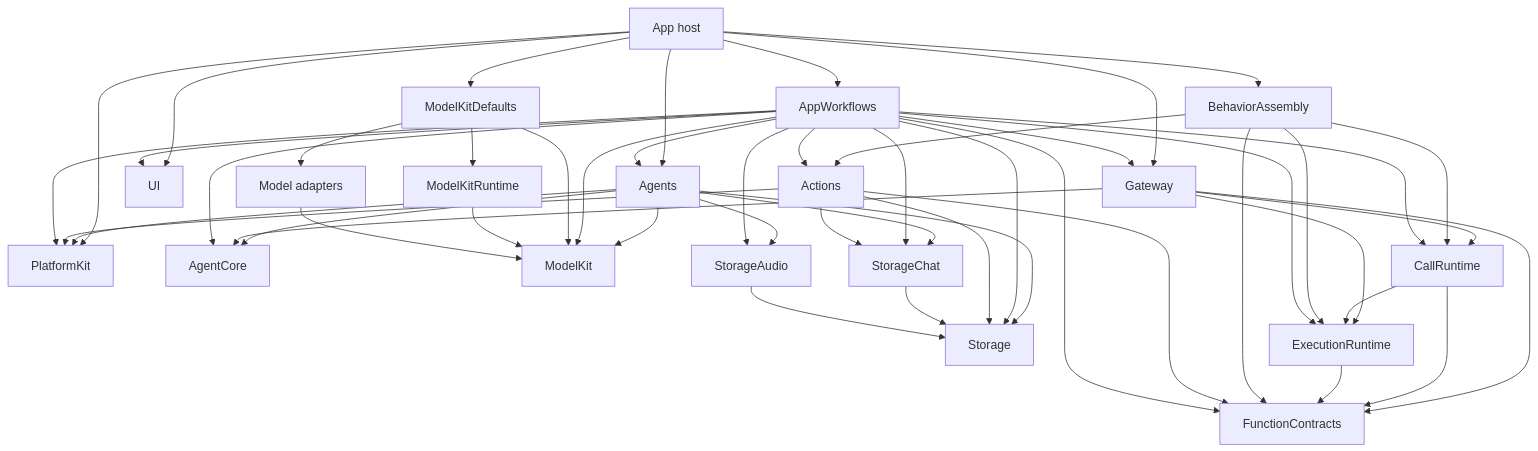
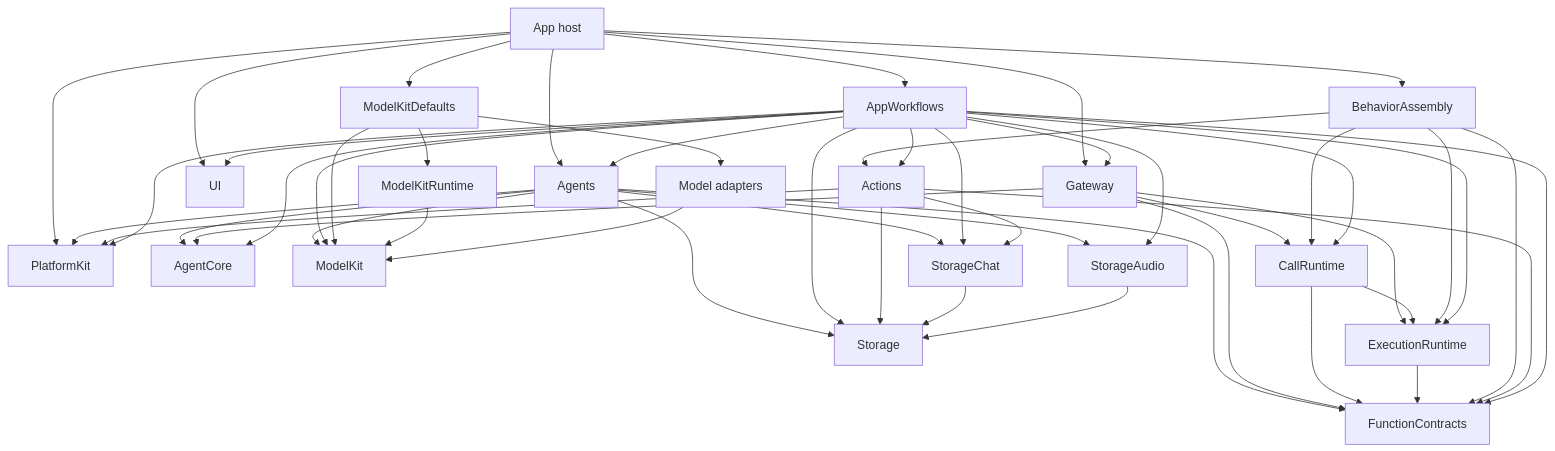
One commit to devilyouwei/MobileHarness changed the third of 35 diagrams in MobileHarness/README.md. Above: the diagram before and after it, drawn with Mermaid. The commit also changed other lines of this file and 456 other files, not shown here.

````diff
--- a/MobileHarness/README.md
+++ b/MobileHarness/README.md
@@ -134,56 +134,57 @@
 ```mermaid
 flowchart TB
     App[App host] --> Agents
     App --> Gateway
     App --> Assembly[BehaviorAssembly]
     App --> Workflows[AppWorkflows]
     App --> Defaults[ModelKitDefaults]
     App --> UI
     App --> PlatformKit
 
     Agents --> AgentCore
+    Agents --> FunctionContracts
     Agents --> PlatformKit
     Agents --> ModelKit
     Agents --> StorageChat
     Agents --> StorageAudio
     Agents --> Storage
 
     Gateway --> AgentCore
     Gateway --> FunctionContracts
     Gateway --> ExecutionRuntime
     Gateway --> CallRuntime
     CallRuntime --> ExecutionRuntime
     CallRuntime --> FunctionContracts
     ExecutionRuntime --> FunctionContracts
 
     Assembly --> Actions
     Assembly --> FunctionContracts
     Assembly --> ExecutionRuntime
     Assembly --> CallRuntime
     Actions --> FunctionContracts
     Actions --> PlatformKit
 
     Workflows --> UI
     Workflows --> Storage
     Workflows --> StorageChat
     Workflows --> StorageAudio
     Workflows --> ModelKit
     Workflows --> PlatformKit
     Workflows --> Actions
     Workflows --> Agents
     Workflows --> Gateway
     Workflows --> AgentCore
     Workflows --> FunctionContracts
     Workflows --> ExecutionRuntime
     Workflows --> CallRuntime
 
     Actions --> StorageChat
     Actions --> Storage
     StorageChat --> Storage
     StorageAudio --> Storage
     Defaults --> ModelKit
     Defaults --> ModelKitRuntime
     Defaults --> Adapters[Model adapters]
     ModelKitRuntime --> ModelKit
     Adapters --> ModelKit
 ```
````
